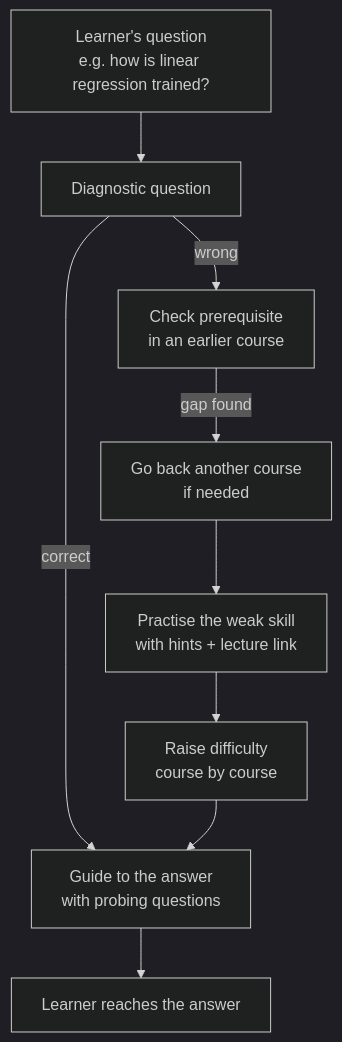
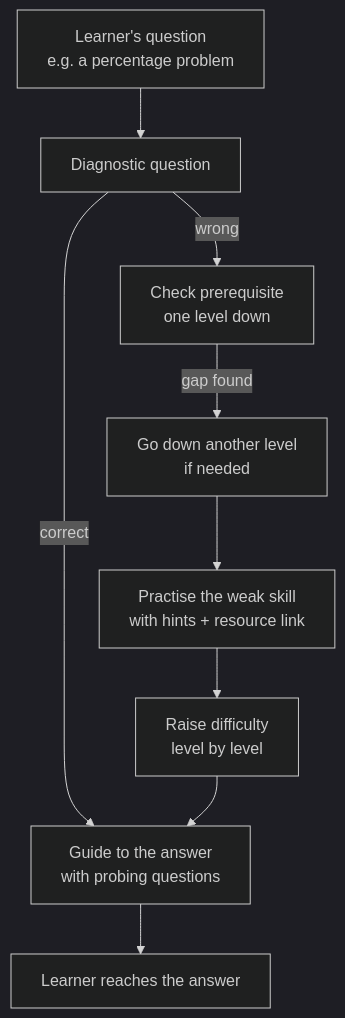
The third of 3 diagrams in docs/milestone-1/Milestone1_Report.md (Hariomkr147/Group-2-DS-and-AI-Lab-Project), drawn with Mermaid (dark theme) before and after one commit. The commit also changed other lines of this file and 6 other files, not shown here.

````diff
--- a/docs/milestone-1/Milestone1_Report.md
+++ b/docs/milestone-1/Milestone1_Report.md
@@ -207,11 +201,11 @@
 ```mermaid
 flowchart TD
-    Q[Learner's question<br/>e.g. how is linear regression trained?] --> T[Diagnostic question]
+    Q[Learner's question<br/>e.g. a percentage problem] --> T[Diagnostic question]
     T -->|correct| A[Guide to the answer<br/>with probing questions]
-    T -->|wrong| B[Check prerequisite<br/>in an earlier course]
-    B -->|gap found| B2[Go back another course<br/>if needed]
-    B2 --> PR[Practise the weak skill<br/>with hints + lecture link]
-    PR --> UP[Raise difficulty<br/>course by course]
+    T -->|wrong| B[Check prerequisite<br/>one level down]
+    B -->|gap found| B2[Go down another level<br/>if needed]
+    B2 --> PR[Practise the weak skill<br/>with hints + resource link]
+    PR --> UP[Raise difficulty<br/>level by level]
     UP --> A
     A --> E[Learner reaches the answer]
 ```
````
